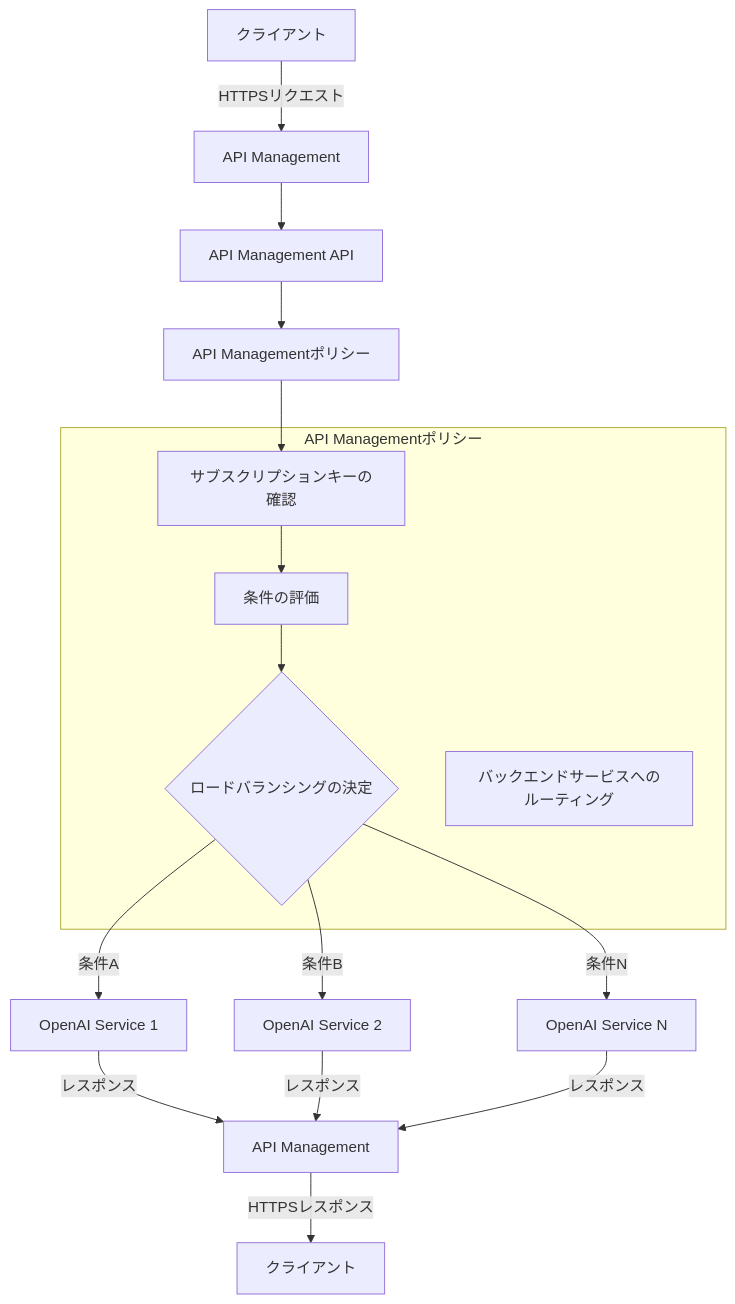
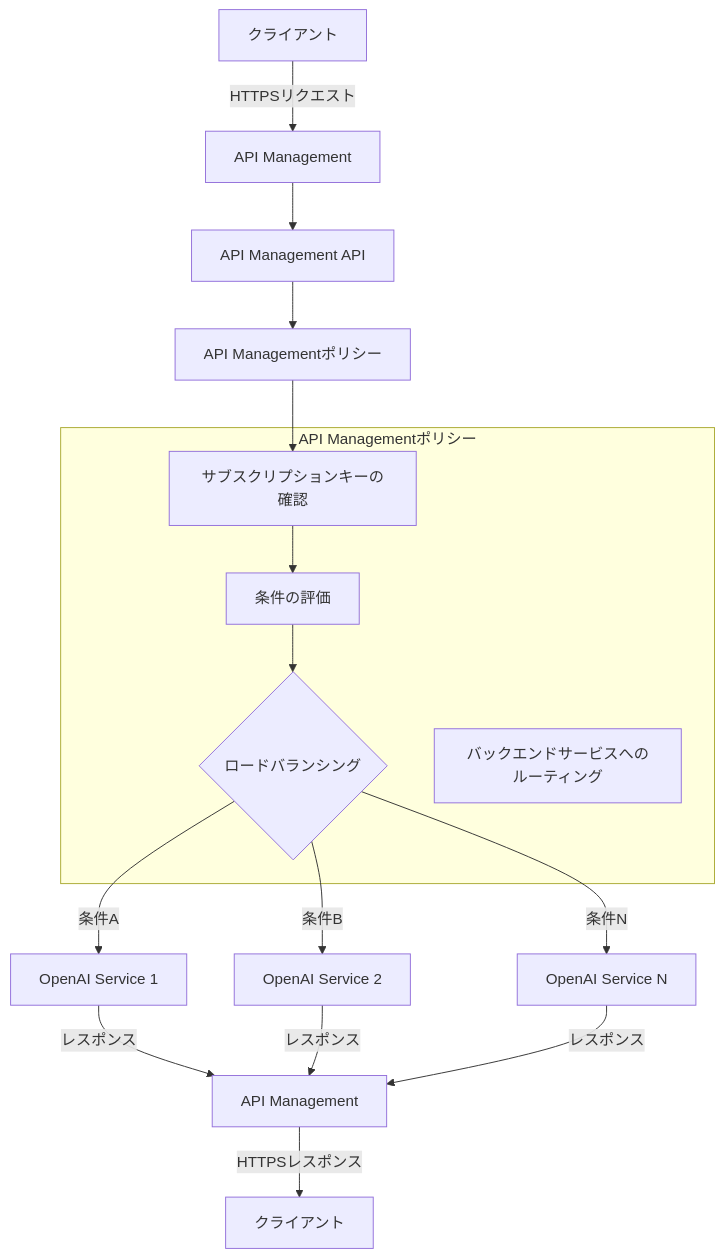
Before and after one commit to sugar-cat7/zenn-book: the diagram in articles/f82ec60b1762a0.md, drawn with Mermaid. The commit also changed other lines of this file, not shown here.

````diff
--- a/articles/f82ec60b1762a0.md
+++ b/articles/f82ec60b1762a0.md
@@ -25,25 +26,25 @@
 ```mermaid
 graph TD
     A[クライアント] -->|HTTPSリクエスト| B[API Management]
     B --> C[API Management API]
     C --> D[API Managementポリシー]
 
     subgraph "API Managementポリシー"
         D1[サブスクリプションキーの確認]
         D2[条件の評価]
-        D3{ロードバランシングの決定}
+        D3{ロードバランシング}
         D4[バックエンドサービスへのルーティング]
     end
 
     D --> D1
     D1 --> D2
     D2 --> D3
     D3 -->|条件A| E1[OpenAI Service 1]
     D3 -->|条件B| E2[OpenAI Service 2]
     D3 -->|条件N| E3[OpenAI Service N]
 
     E1 -->|レスポンス| F[API Management]
     E2 -->|レスポンス| F[API Management]
     E3 -->|レスポンス| F[API Management]
     F -->|HTTPSレスポンス| G[クライアント]
 ```
````
